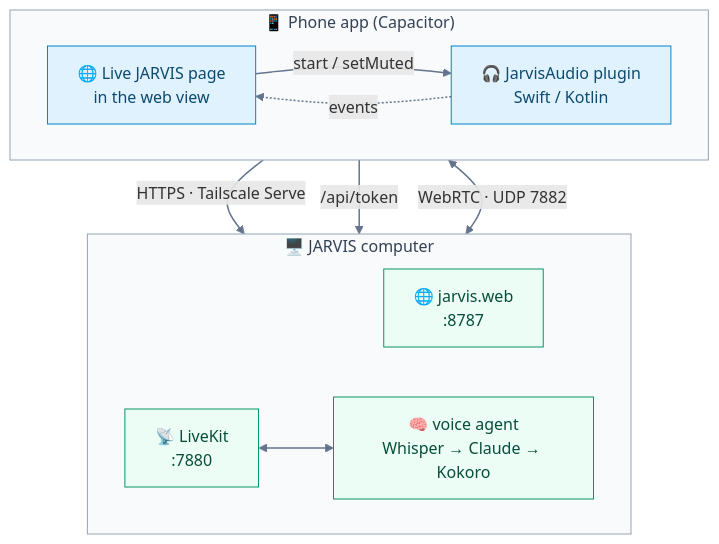
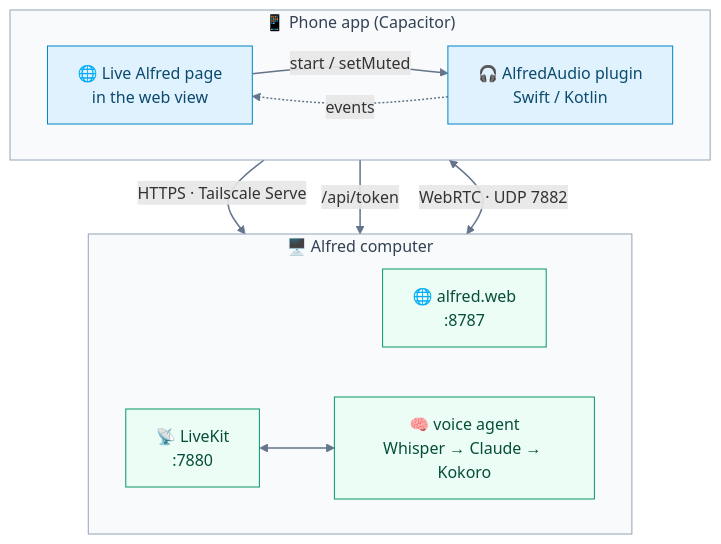
Before and after one commit to anilkumarmeena/alfred-app: the diagram in README.md, drawn with Mermaid. The commit also changed other lines of this file and 136 other files, not shown here.

First line of the commit message:
rename JARVIS to Alfred

````diff
--- a/README.md
+++ b/README.md
@@ -116,27 +116,27 @@
 ```mermaid
 flowchart TB
     subgraph Phone["📱 Phone app (Capacitor)"]
         direction LR
-        Page["🌐 Live JARVIS page<br/>in the web view"]
-        Plugin["🎧 JarvisAudio plugin<br/>Swift / Kotlin"]
+        Page["🌐 Live Alfred page<br/>in the web view"]
+        Plugin["🎧 AlfredAudio plugin<br/>Swift / Kotlin"]
     end
-    subgraph Computer["🖥️ JARVIS computer"]
+    subgraph Computer["🖥️ Alfred computer"]
         direction LR
-        Web["🌐 jarvis.web<br/>:8787"]
+        Web["🌐 alfred.web<br/>:8787"]
         LK["📡 LiveKit<br/>:7880"]
         Agent["🧠 voice agent<br/>Whisper → Claude → Kokoro"]
     end
     Page -->|"start / setMuted"| Plugin
     Plugin -.->|events| Page
     Page -->|"HTTPS · Tailscale Serve"| Web
     Plugin -->|"/api/token"| Web
     Plugin <-->|"WebRTC · UDP 7882"| LK
     LK <--> Agent
     linkStyle default stroke:#64748b,stroke-width:1.5px
     classDef you fill:#e0f2fe,stroke:#0284c7,color:#0c4a6e
     classDef mac fill:#ecfdf5,stroke:#059669,color:#064e3b
     class Page,Plugin you
     class Web,LK,Agent mac
     style Phone fill:#f8fafc,stroke:#94a3b8,color:#334155
     style Computer fill:#f8fafc,stroke:#94a3b8,color:#334155
 ```
````
